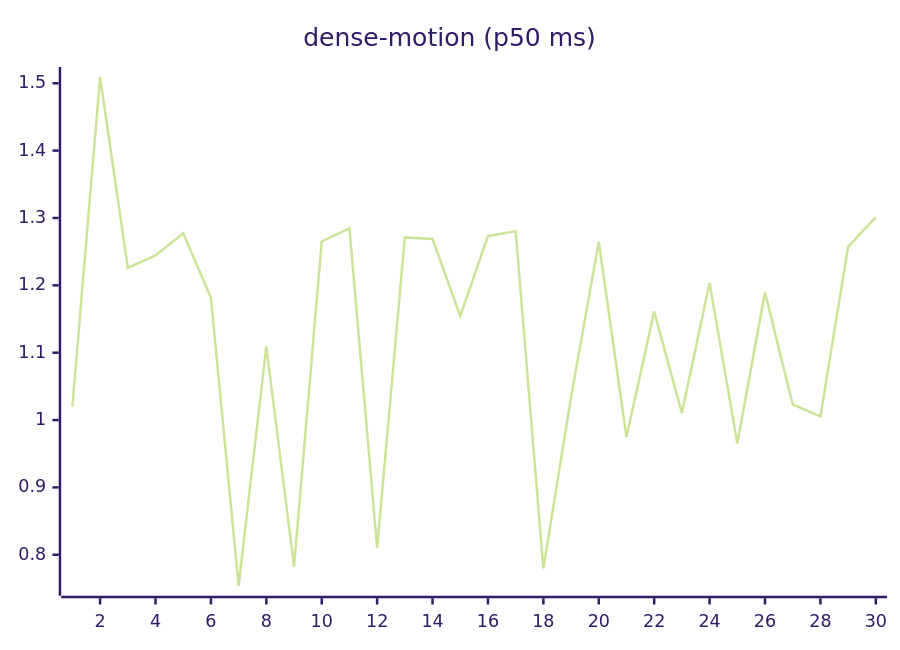
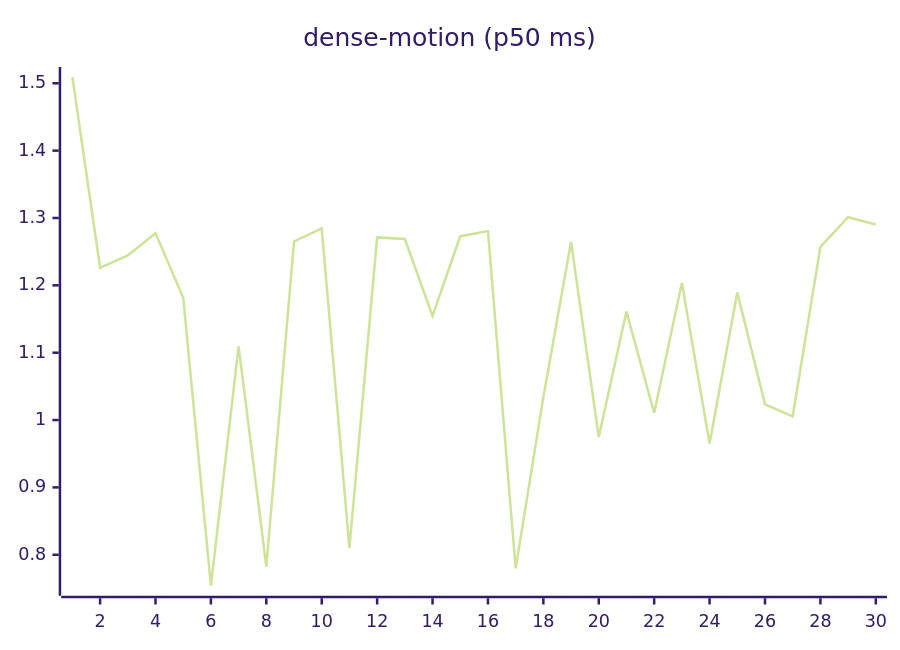
Before and after one commit to josha/Facet: the ninth of 27 diagrams in README.md, drawn with Mermaid (forest theme). The commit also changed other lines of this file and 2 other files, not shown here.

````diff
--- a/README.md
+++ b/README.md
@@ -119,6 +119,6 @@
 ```mermaid
 xychart-beta
     title "dense-motion (p50 ms)"
     x-axis 1 --> 30
-    line [1.0205, 1.5093, 1.2258, 1.2445, 1.2773, 1.1817, 0.7540, 1.1093, 0.7822, 1.2651, 1.2846, 0.8102, 1.2712, 1.2688, 1.1544, 1.2730, 1.2805, 0.7796, 1.0341, 1.2646, 0.9749, 1.1610, 1.0105, 1.2037, 0.9653, 1.1895, 1.0233, 1.0054, 1.2572, 1.3012]
+    line [1.5093, 1.2258, 1.2445, 1.2773, 1.1817, 0.7540, 1.1093, 0.7822, 1.2651, 1.2846, 0.8102, 1.2712, 1.2688, 1.1544, 1.2730, 1.2805, 0.7796, 1.0341, 1.2646, 0.9749, 1.1610, 1.0105, 1.2037, 0.9653, 1.1895, 1.0233, 1.0054, 1.2572, 1.3012, 1.2904]
 ```
````
